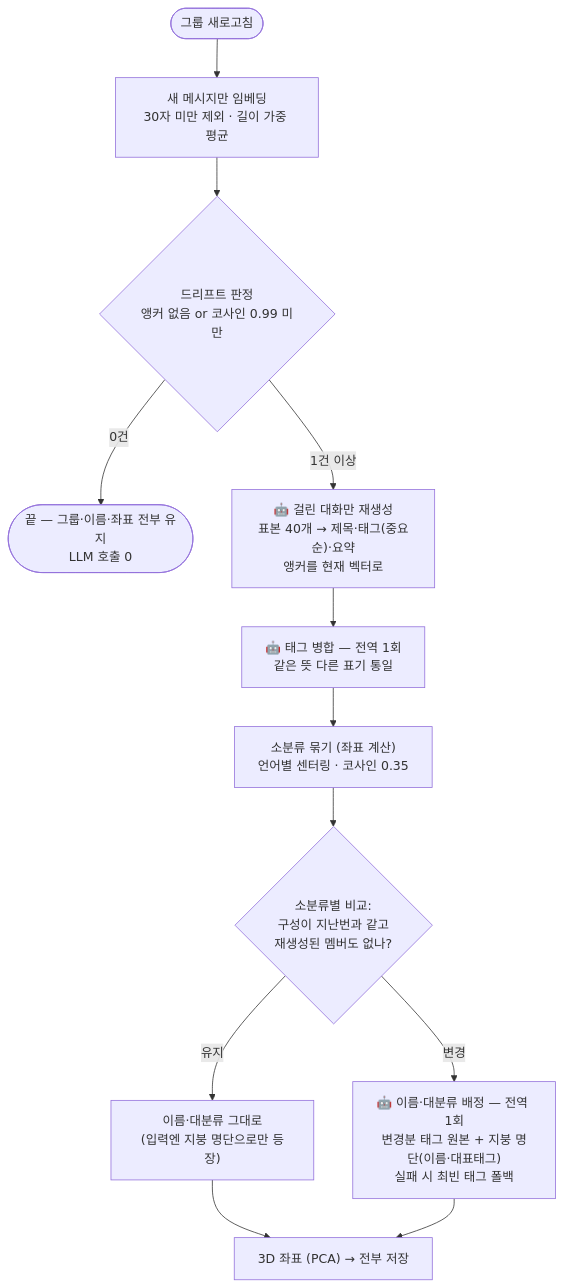
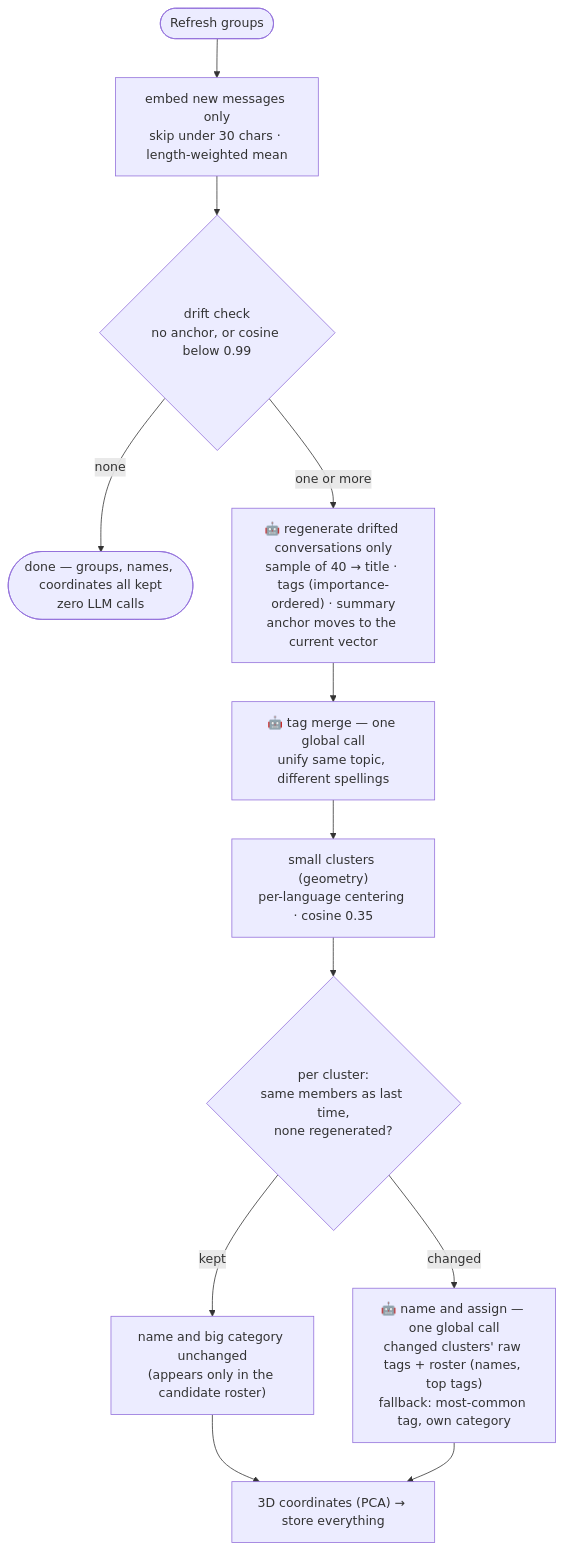
The fourth of 4 diagrams in ARCHITECTURE.md (seung-gu/sgmcp), drawn with Mermaid before and after one commit. The commit also changed other lines of this file and 13 other files, not shown here.

````diff
--- a/ARCHITECTURE.md
+++ b/ARCHITECTURE.md
@@ -91,14 +93,14 @@
 ```mermaid
 flowchart TD
-    S([그룹 새로고침]) --> E["새 메시지만 임베딩<br/>30자 미만 제외 · 길이 가중 평균"]
-    E --> G{"드리프트 판정<br/>앵커 없음 or 코사인 0.99 미만"}
-    G -- "0건" --> X(["끝 — 그룹·이름·좌표 전부 유지<br/>LLM 호출 0"])
-    G -- "1건 이상" --> M["🤖 걸린 대화만 재생성<br/>표본 40개 → 제목·태그(중요순)·요약<br/>앵커를 현재 벡터로"]
-    M --> T["🤖 태그 병합 — 전역 1회<br/>같은 뜻 다른 표기 통일"]
-    T --> K["소분류 묶기 (좌표 계산)<br/>언어별 센터링 · 코사인 0.35"]
-    K --> CH{"소분류별 비교:<br/>구성이 지난번과 같고<br/>재생성된 멤버도 없나?"}
-    CH -- "유지" --> KEEP["이름·대분류 그대로<br/>(입력엔 지붕 명단으로만 등장)"]
-    CH -- "변경" --> N["🤖 이름·대분류 배정 — 전역 1회<br/>변경분 태그 원본 + 지붕 명단(이름·대표태그)<br/>실패 시 최빈 태그 폴백"]
-    KEEP --> P["3D 좌표 (PCA) → 전부 저장"]
+    S([Refresh groups]) --> E["embed new messages only<br/>skip under 30 chars · length-weighted mean"]
+    E --> G{"drift check<br/>no anchor, or cosine below 0.99"}
+    G -- "none" --> X(["done — groups, names, coordinates all kept<br/>zero LLM calls"])
+    G -- "one or more" --> M["🤖 regenerate drifted conversations only<br/>sample of 40 → title · tags (importance-ordered) · summary<br/>anchor moves to the current vector"]
+    M --> T["🤖 tag merge — one global call<br/>unify same topic, different spellings"]
+    T --> K["small clusters (geometry)<br/>per-language centering · cosine 0.35"]
+    K --> CH{"per cluster:<br/>same members as last time,<br/>none regenerated?"}
+    CH -- "kept" --> KEEP["name and big category unchanged<br/>(appears only in the candidate roster)"]
+    CH -- "changed" --> N["🤖 name and assign — one global call<br/>changed clusters' raw tags + roster (names, top tags)<br/>fallback: most-common tag, own category"]
+    KEEP --> P["3D coordinates (PCA) → store everything"]
     N --> P
 ```
````
